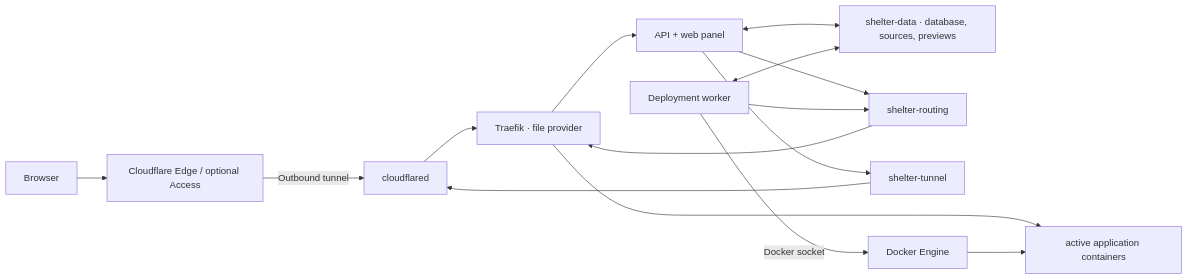
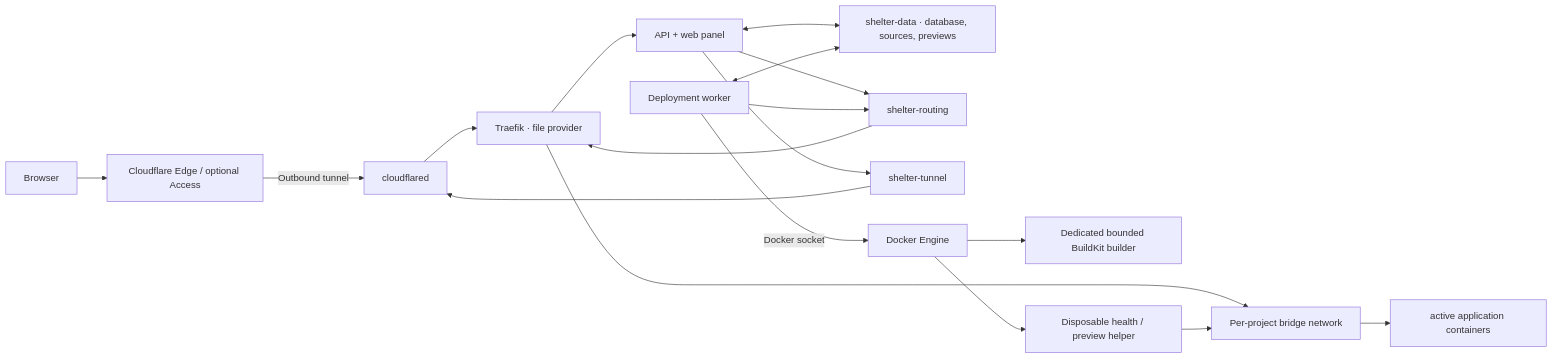
Before and after one commit to asteinberger/shelter: the diagram in README.md, drawn with Mermaid. The commit also changed other lines of this file and 36 other files, not shown here.

````diff
--- a/README.md
+++ b/README.md
@@ -96,17 +96,21 @@
 ```mermaid
 flowchart LR
     Browser["Browser"] --> CF["Cloudflare Edge / optional Access"]
     CF -->|"Outbound tunnel"| CFD["cloudflared"]
     CFD --> TR["Traefik · file provider"]
     TR --> API["API + web panel"]
-    TR --> APP["active application containers"]
+    APP["active application containers"]
     API <--> DATA["shelter-data · database, sources, previews"]
     API --> ROUTING["shelter-routing"]
     API --> TUNNEL["shelter-tunnel"]
     WORKER["Deployment worker"] <--> DATA
     WORKER --> ROUTING
     ROUTING --> TR
     TUNNEL --> CFD
     WORKER -->|"Docker socket"| DOCKER["Docker Engine"]
-    DOCKER --> APP
+    DOCKER --> BUILDER["Dedicated bounded BuildKit builder"]
+    DOCKER --> HELPER["Disposable health / preview helper"]
+    TR --> PNET["Per-project bridge network"]
+    HELPER --> PNET
+    PNET --> APP
 ```
````
